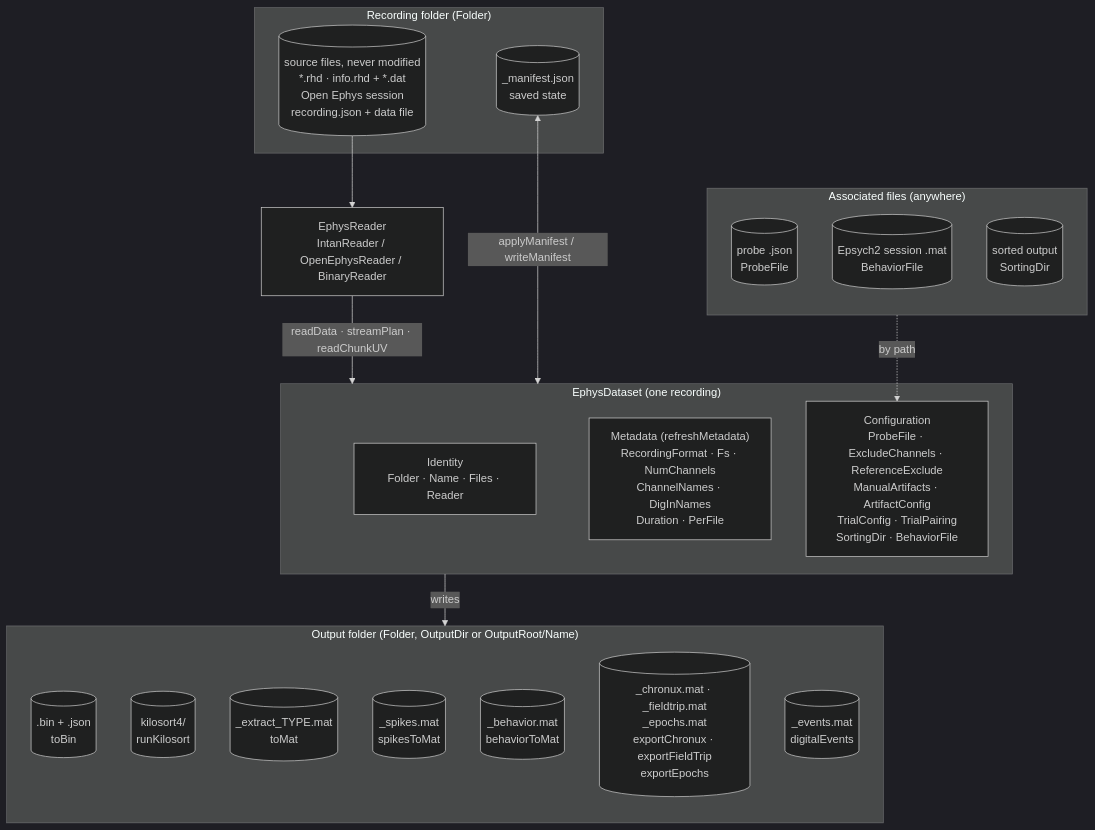
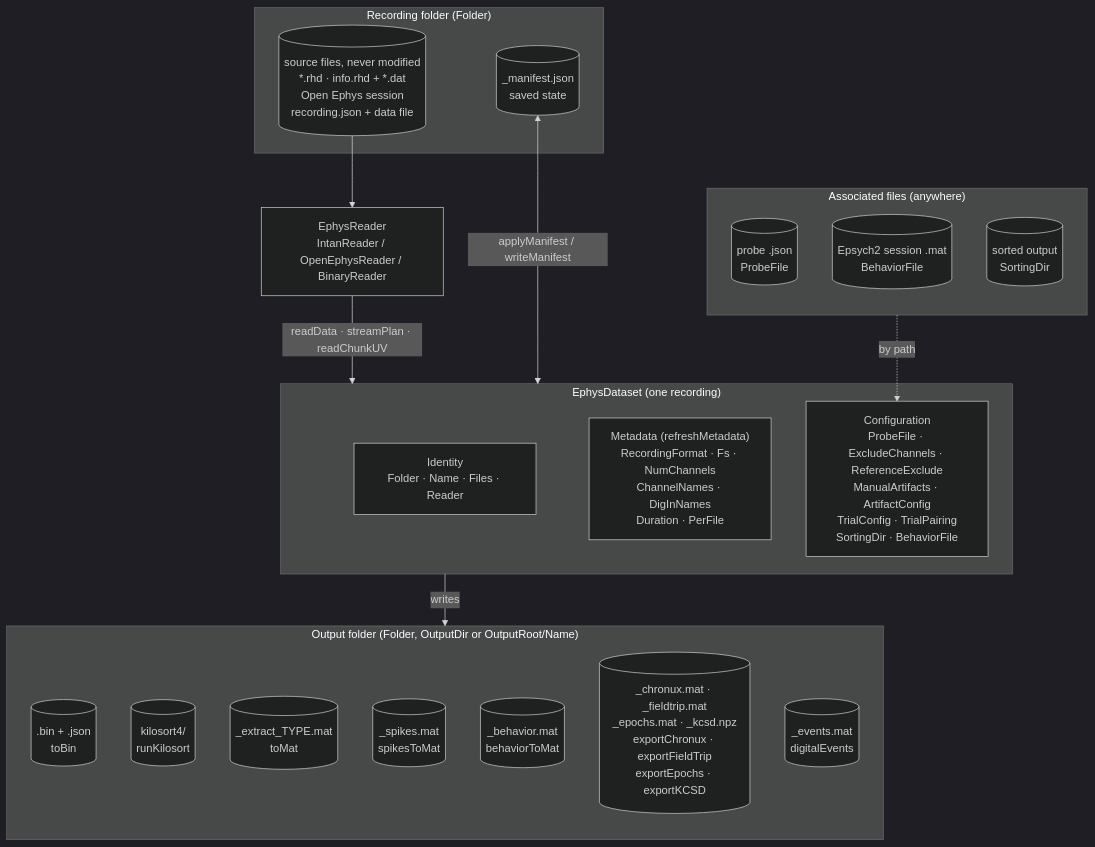
Before and after one commit to dstolz/ephys_analysis: the diagram in documentation/EphysDataset.md, drawn with Mermaid (dark theme). The commit also changed other lines of this file and 35 other files, not shown here.

First line of the commit message:
Add kCSD-python export (ele_pos/pots .npz) and a cleanup place

````diff
--- a/documentation/EphysDataset.md
+++ b/documentation/EphysDataset.md
@@ -47,39 +47,39 @@
 ```mermaid
 flowchart TB
     subgraph REC["Recording folder (Folder)"]
         RAW[("source files, never modified<br/>*.rhd · info.rhd + *.dat<br/>Open Ephys session<br/>recording.json + data file")]
         MAN[("_manifest.json<br/>saved state")]
     end
 
     subgraph ASSOC["Associated files (anywhere)"]
         direction TB
         PRB[("probe .json<br/>ProbeFile")]
         SES[("Epsych2 session .mat<br/>BehaviorFile")]
         PHY[("sorted output<br/>SortingDir")]
     end
 
     RD["EphysReader<br/>IntanReader / OpenEphysReader / BinaryReader"]
 
     subgraph DS["EphysDataset (one recording)"]
         ID["Identity<br/>Folder · Name · Files · Reader"]
         META["Metadata (refreshMetadata)<br/>RecordingFormat · Fs · NumChannels<br/>ChannelNames · DigInNames<br/>Duration · PerFile"]
         CONF["Configuration<br/>ProbeFile · ExcludeChannels · ReferenceExclude<br/>ManualArtifacts · ArtifactConfig<br/>TrialConfig · TrialPairing<br/>SortingDir · BehaviorFile"]
     end
 
     subgraph OUT["Output folder (Folder, OutputDir or OutputRoot/Name)"]
         direction TB
         BIN[(".bin + .json<br/>toBin")]
         KS[("kilosort4/<br/>runKilosort")]
         EXT[("_extract_TYPE.mat<br/>toMat")]
         SPK[("_spikes.mat<br/>spikesToMat")]
         BEHM[("_behavior.mat<br/>behaviorToMat")]
-        EXP[("_chronux.mat · _fieldtrip.mat<br/>_epochs.mat<br/>exportChronux · exportFieldTrip<br/>exportEpochs")]
+        EXP[("_chronux.mat · _fieldtrip.mat<br/>_epochs.mat · _kcsd.npz<br/>exportChronux · exportFieldTrip<br/>exportEpochs · exportKCSD")]
         EVC[("_events.mat<br/>digitalEvents")]
     end
 
     RAW --> RD
     RD -- "readData · streamPlan · readChunkUV" --> DS
     MAN <-->|"applyManifest / writeManifest"| DS
     ASSOC -. by path .-> CONF
     DS -- writes --> OUT
 ```
````
